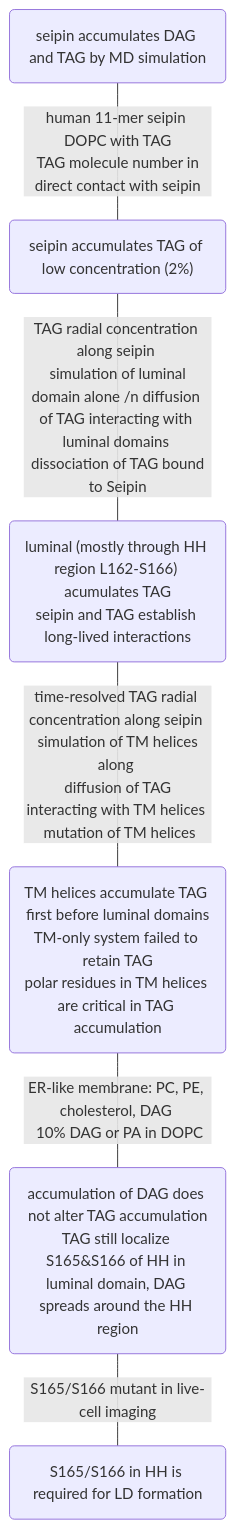
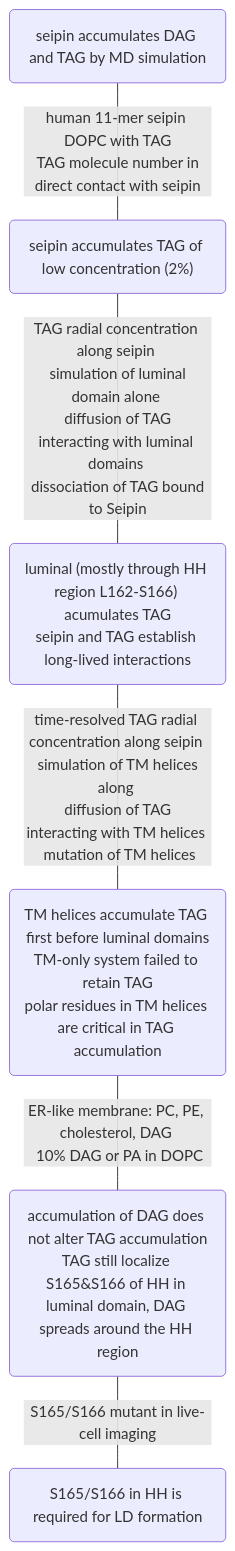
Before and after one commit to psichen/psichen.github.io: the eighth of 10 diagrams in source/resources/mindmap/seipin.md, drawn with Mermaid. The commit also changed other lines of this file and 5 other files, not shown here.

````diff
--- a/source/resources/mindmap/seipin.md
+++ b/source/resources/mindmap/seipin.md
@@ -329,27 +331,27 @@
 ```mermaid
 flowchart TB
 
 %% OBJECTS====================
 theme(seipin accumulates DAG and TAG by MD simulation)
 
 accumulate("seipin accumulates TAG of low concentration (2%)")
 
 luminal("luminal (mostly through HH region L162-S166) acumulates TAG
 seipin and TAG establish long-lived interactions")
 
 TM("TM helices accumulate TAG first before luminal domains
 TM-only system failed to retain TAG
 polar residues in TM helices are critical in TAG accumulation")
 
 DAG("accumulation of DAG does not alter TAG accumulation
 TAG still localize S165&S166 of HH in luminal domain, DAG spreads around the HH region")
 
 polar("S165/S166 in HH is required for LD formation")
 
 %% RELATIONS====================
-theme --- |human 11-mer seipin \n DOPC with TAG \n TAG molecule number in direct contact with seipin| accumulate
-accumulate --- |TAG radial concentration along seipin \n simulation of luminal domain alone /n diffusion of TAG interacting with luminal domains \n dissociation of TAG bound to Seipin| luminal
-luminal --- |time-resolved TAG radial concentration along seipin \n simulation of TM helices along \n diffusion of TAG interacting with TM helices \n mutation of TM helices| TM
-TM --- |ER-like membrane: PC, PE, cholesterol, DAG \n 10% DAG or PA in DOPC| DAG
+theme --- |human 11-mer seipin <br/> DOPC with TAG <br/> TAG molecule number in direct contact with seipin| accumulate
+accumulate --- |TAG radial concentration along seipin <br/> simulation of luminal domain alone <br/> diffusion of TAG interacting with luminal domains <br/> dissociation of TAG bound to Seipin| luminal
+luminal --- |time-resolved TAG radial concentration along seipin <br/> simulation of TM helices along <br/> diffusion of TAG interacting with TM helices <br/> mutation of TM helices| TM
+TM --- |ER-like membrane: PC, PE, cholesterol, DAG <br/> 10% DAG or PA in DOPC| DAG
 DAG --- |S165/S166 mutant in live-cell imaging| polar
 ```
````
